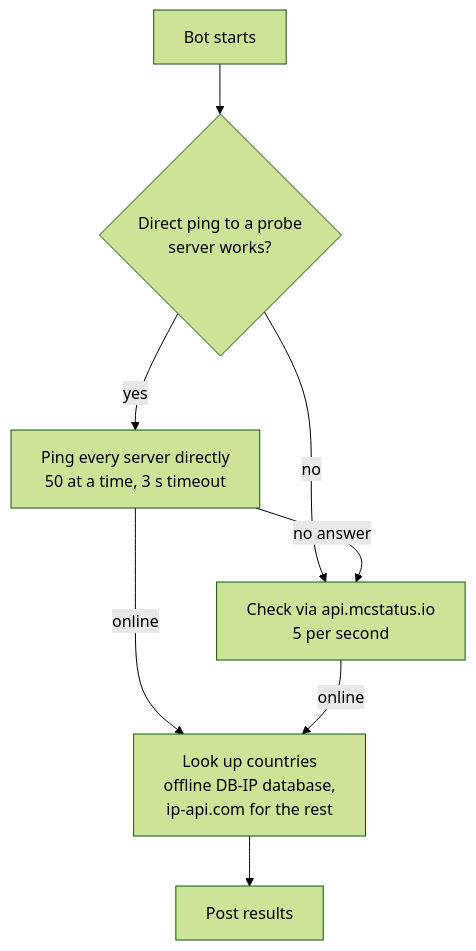
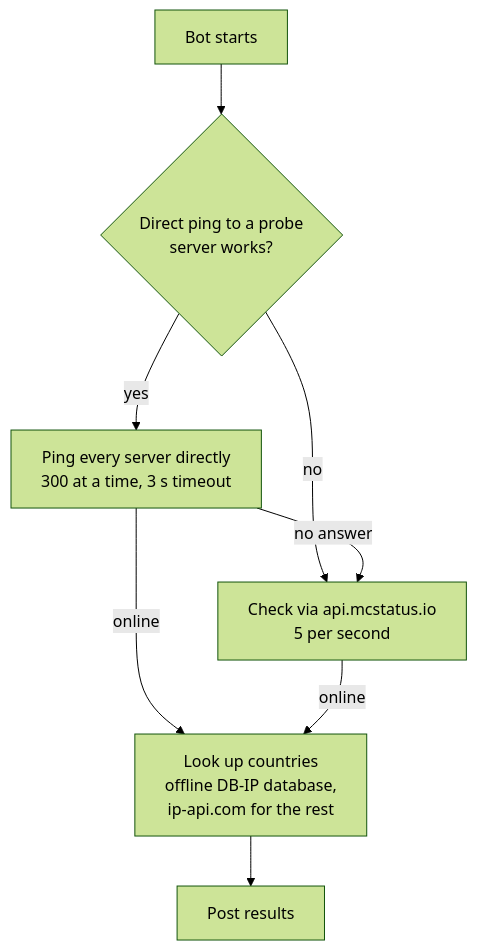
The diagram in README.md (TheDyXer/scanbot), drawn with Mermaid (forest theme) before and after one commit. The commit also changed other lines of this file and 1 other file, not shown here.

First line of the commit message:
Ping 300 servers at once by default, and document the settings

````diff
--- a/README.md
+++ b/README.md
@@ -295,10 +301,10 @@
 ```mermaid
 flowchart TD
     A[Bot starts] --> B{Direct ping to a probe<br/>server works?}
-    B -- yes --> C[Ping every server directly<br/>50 at a time, 3 s timeout]
+    B -- yes --> C[Ping every server directly<br/>300 at a time, 3 s timeout]
     B -- no --> D[Check via api.mcstatus.io<br/>5 per second]
     C -- no answer --> D
     C -- online --> E[Look up countries<br/>offline DB-IP database,<br/>ip-api.com for the rest]
     D -- online --> E
     E --> F[Post results]
 ```
````
